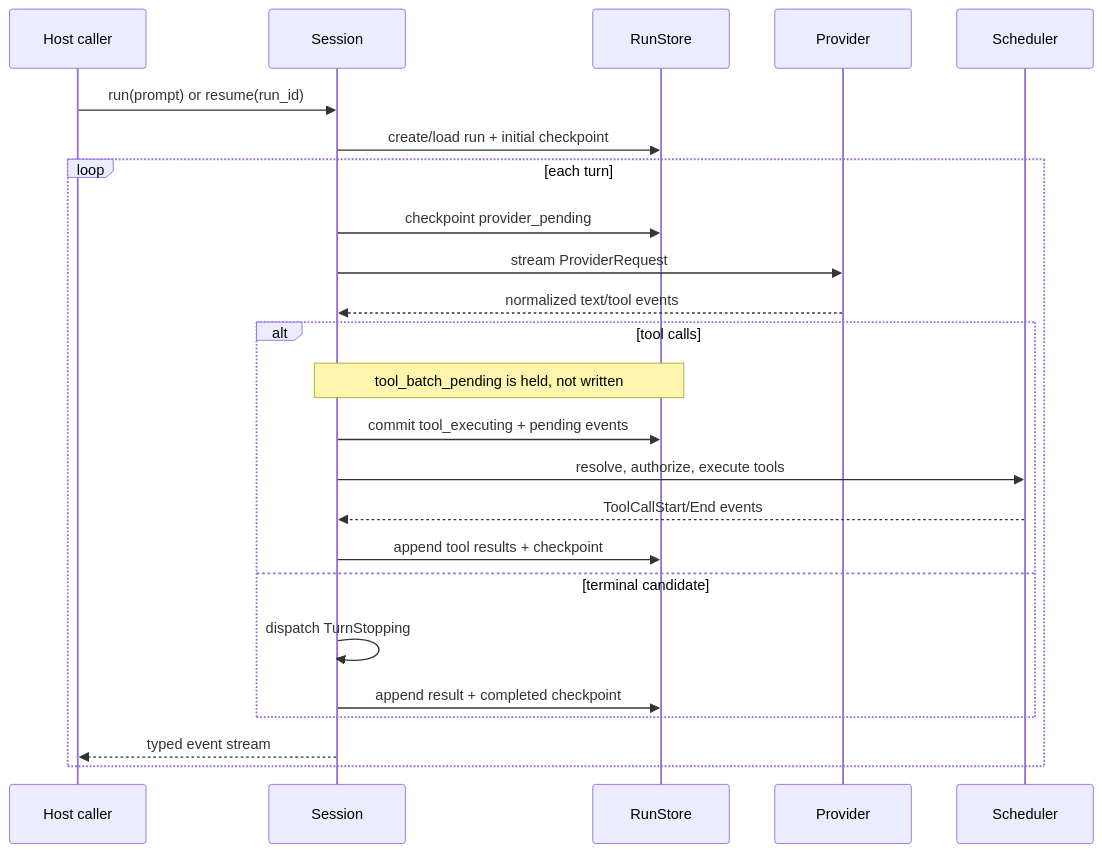
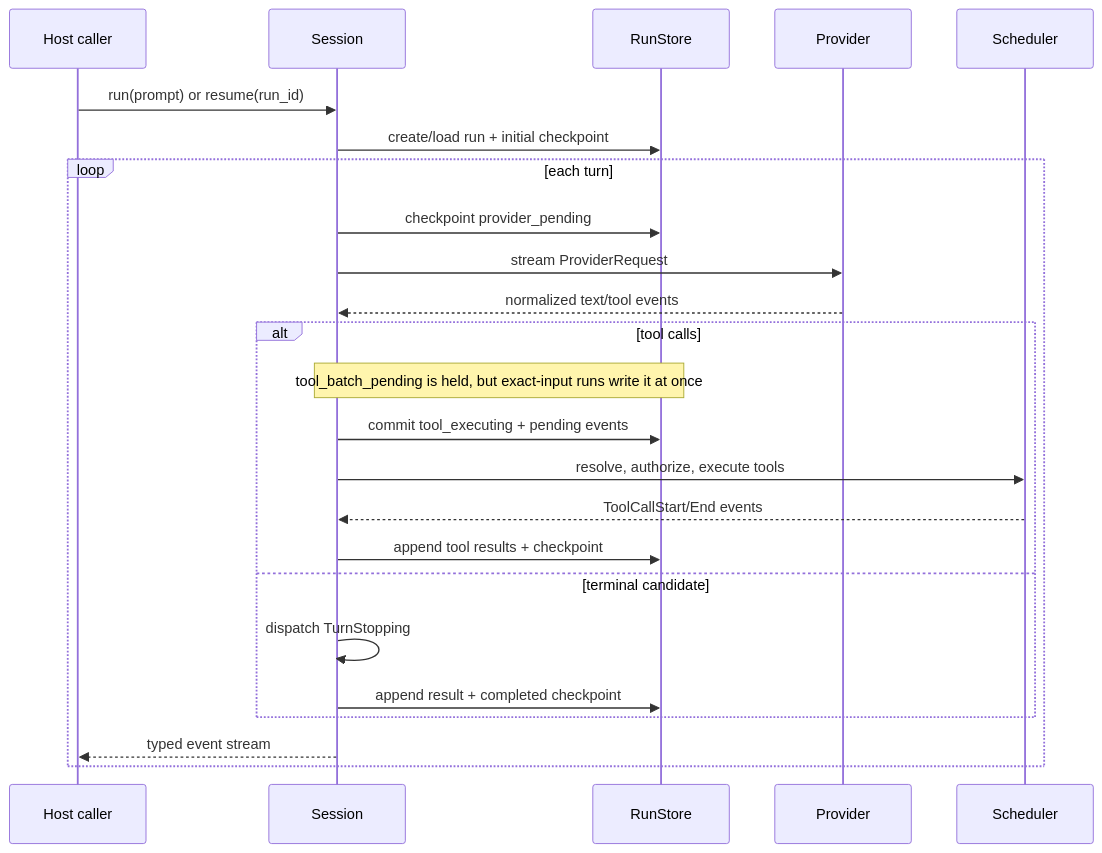
The first of 3 diagrams in docs/architecture/subsystems.md (DuyTa506/linch), drawn with Mermaid before and after one commit. The commit also changed 1 other file, not shown here.

Commit message:
Show that exact-input runs write tool_batch_pending at once
The run-loop diagram said tool_batch_pending is held, not written. On
an exact-input run, save_checkpoint writes every running checkpoint
through, because each save prunes model-input snapshots and the durable
checkpoint must keep pointing at a live one. The text below the diagram
already lists exact-input runs as write-through; the diagram note now
agrees with it, in both languages.

Claude-Session: https://claude.ai/code/session_0122wtPtKBJbWQQsQK7tRLYU

````diff
--- a/docs/architecture/subsystems.md
+++ b/docs/architecture/subsystems.md
@@ -59,27 +59,27 @@
 ```mermaid
 sequenceDiagram
     participant Caller as Host caller
     participant S as Session
     participant R as RunStore
     participant P as Provider
     participant T as Scheduler
 
     Caller->>S: run(prompt) or resume(run_id)
     S->>R: create/load run + initial checkpoint
     loop each turn
         S->>R: checkpoint provider_pending
         S->>P: stream ProviderRequest
         P-->>S: normalized text/tool events
         alt tool calls
-            Note over S,R: tool_batch_pending is held, not written
+            Note over S,R: tool_batch_pending is held, but exact-input runs write it at once
             S->>R: commit tool_executing + pending events
             S->>T: resolve, authorize, execute tools
             T-->>S: ToolCallStart/End events
             S->>R: append tool results + checkpoint
         else terminal candidate
             S->>S: dispatch TurnStopping
             S->>R: append result + completed checkpoint
         end
         S-->>Caller: typed event stream
     end
 ```
````
